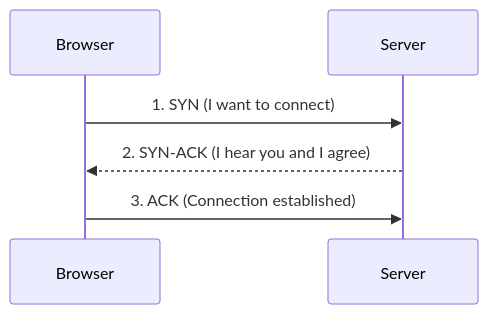
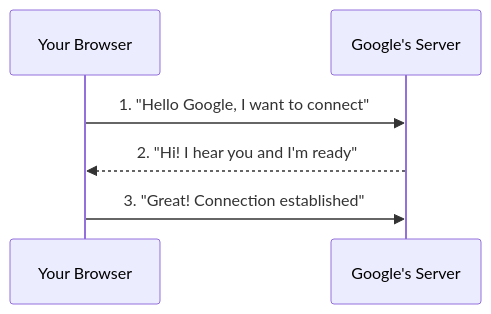
Before and after one commit to AltamashAhmad/Browser_and_Server_guide: the fifth of 7 diagrams in README.md, drawn with Mermaid. The commit also changed other lines of this file, not shown here.

````diff
--- a/README.md
+++ b/README.md
@@ -190,9 +293,9 @@
-    ```mermaid
-    sequenceDiagram
-        participant Browser
-        participant Server
+```mermaid
+sequenceDiagram
+    participant Your Browser
+    participant Google's Server
 
-        Browser->>Server: 1. SYN (I want to connect)
-        Server-->>Browser: 2. SYN-ACK (I hear you and I agree)
-        Browser->>Server: 3. ACK (Connection established)
-    ```
+    Your Browser->>Google's Server: 1. "Hello Google, I want to connect"
+    Google's Server-->>Your Browser: 2. "Hi! I hear you and I'm ready"
+    Your Browser->>Google's Server: 3. "Great! Connection established"
+```
````
